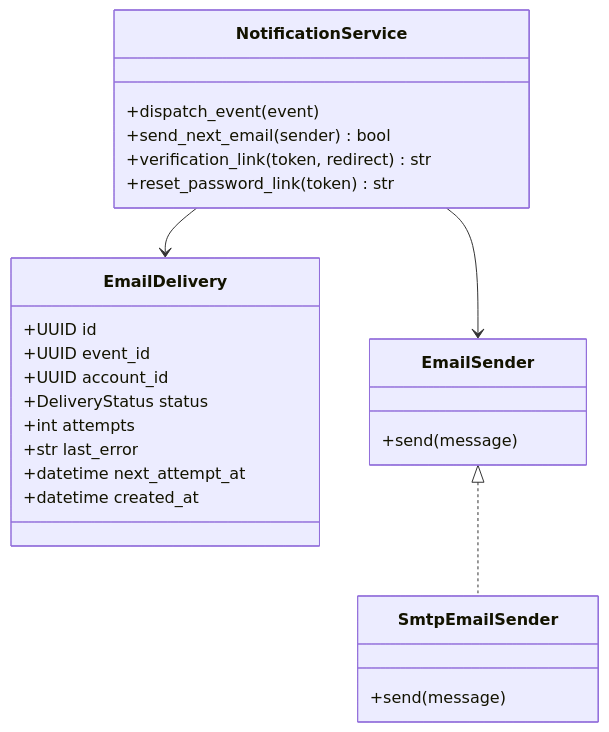
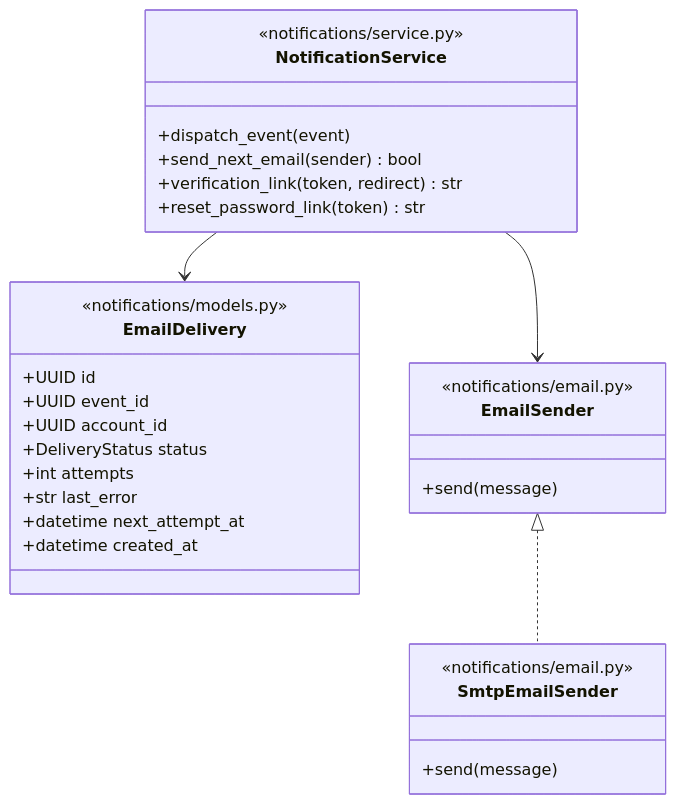
Before and after one commit to Team14good/esport-platform: diagram 14 of 15 in docs/midterm/D-物件設計文件.md, drawn with Mermaid. The commit also changed other lines of this file and 27 other files, not shown here.

First line of the commit message:
docs: B、C、D 其餘的圖全部對照程式標註

````diff
--- a/docs/midterm/D-物件設計文件.md
+++ b/docs/midterm/D-物件設計文件.md
@@ -738,28 +776,32 @@
 ```mermaid
 classDiagram
   class EmailDelivery {
+    <<notifications/models.py>>
     +UUID id
     +UUID event_id
     +UUID account_id
     +DeliveryStatus status
     +int attempts
     +str last_error
     +datetime next_attempt_at
     +datetime created_at
   }
   class NotificationService {
+    <<notifications/service.py>>
     +dispatch_event(event)
     +send_next_email(sender) bool
     +verification_link(token, redirect) str
     +reset_password_link(token) str
   }
   class EmailSender {
+    <<notifications/email.py>>
     +send(message)
   }
   class SmtpEmailSender {
+    <<notifications/email.py>>
     +send(message)
   }
   NotificationService --> EmailDelivery
   NotificationService --> EmailSender
   EmailSender <|.. SmtpEmailSender
 ```
````
